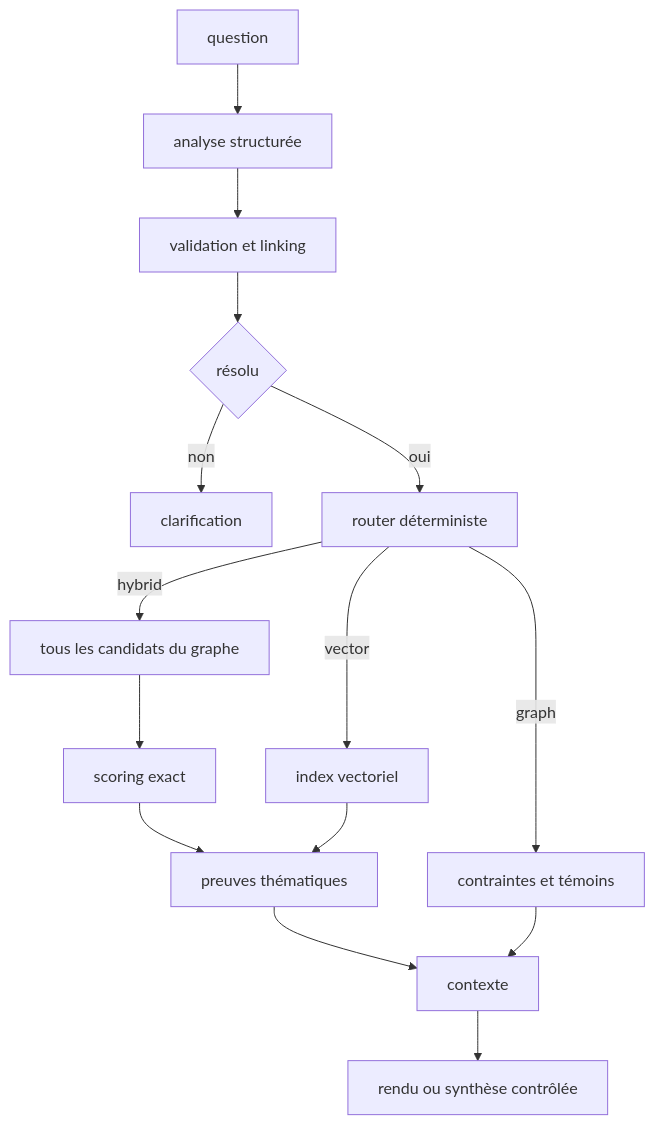
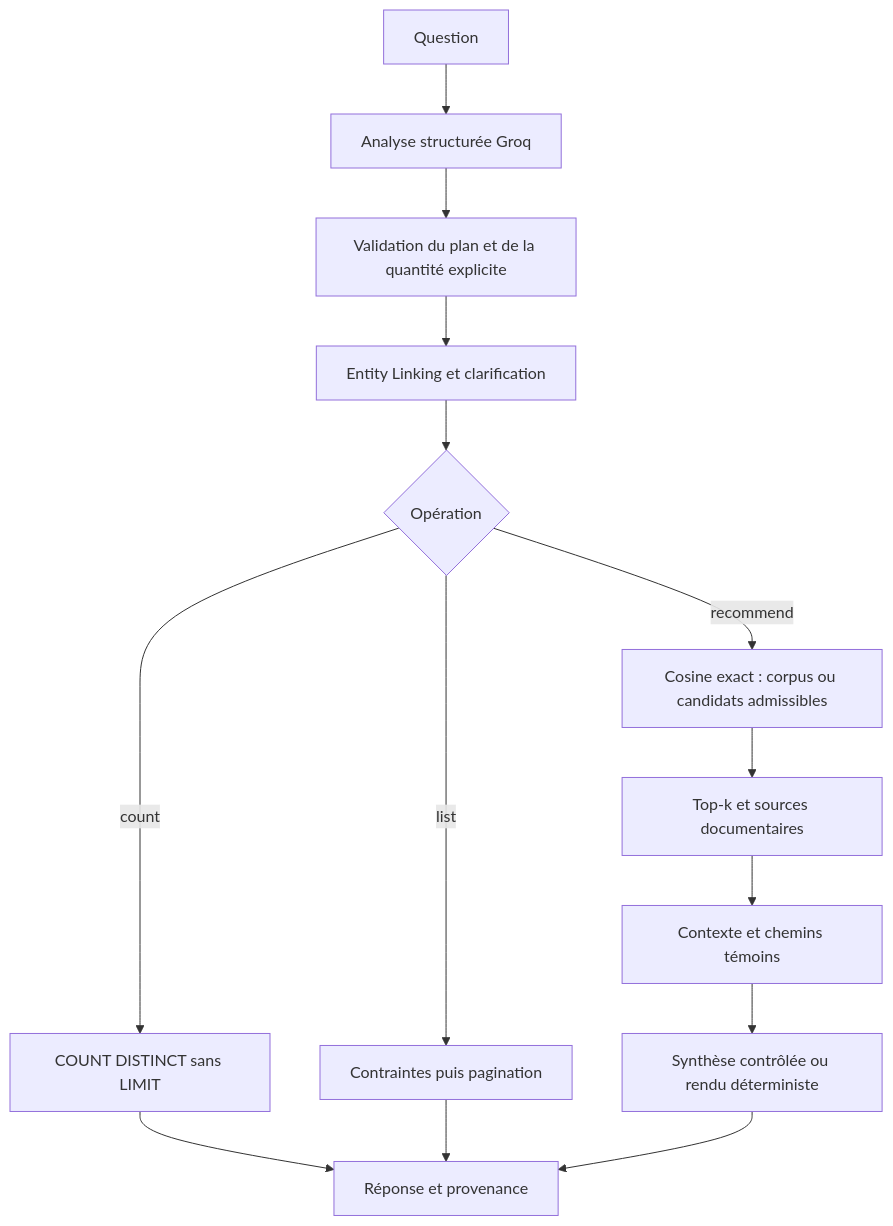
Before and after one commit to Styyde/Movie-GraphRag-: the second of 2 diagrams in docs/architecture.md, drawn with Mermaid. The commit also changed other lines of this file and 9 other files, not shown here.

Commit message:
updating frontend and architecture documentation

````diff
--- a/docs/architecture.md
+++ b/docs/architecture.md
@@ -23,17 +25,16 @@
-```mermaid
+~~~mermaid
 flowchart TD
-  A[question] --> B[analyse structurée]
-  B --> C[validation et linking]
-  C --> D{résolu}
-  D -- non --> E[clarification]
-  D -- oui --> R[router déterministe]
-  R -- graph --> G[contraintes et témoins]
-  R -- vector --> V[index vectoriel]
-  R -- hybrid --> H[tous les candidats du graphe]
-  H --> S[scoring exact]
-  S --> P[preuves thématiques]
-  V --> P
-  P --> X[contexte]
-  G --> X
-  X --> Y[rendu ou synthèse contrôlée]
-```
+    Q["Question"] --> A["Analyse structurée Groq"]
+    A --> V["Validation du plan et de la quantité explicite"]
+    V --> E["Entity Linking et clarification"]
+    E --> R{"Opération"}
+    R -- count --> C["COUNT DISTINCT sans LIMIT"]
+    R -- list --> G["Contraintes puis pagination"]
+    R -- recommend --> S["Cosine exact : corpus ou candidats admissibles"]
+    S --> K["Top-k et sources documentaires"]
+    K --> CT["Contexte et chemins témoins"]
+    CT --> L["Synthèse contrôlée ou rendu déterministe"]
+    C --> O["Réponse et provenance"]
+    G --> O
+    L --> O
+~~~
````
